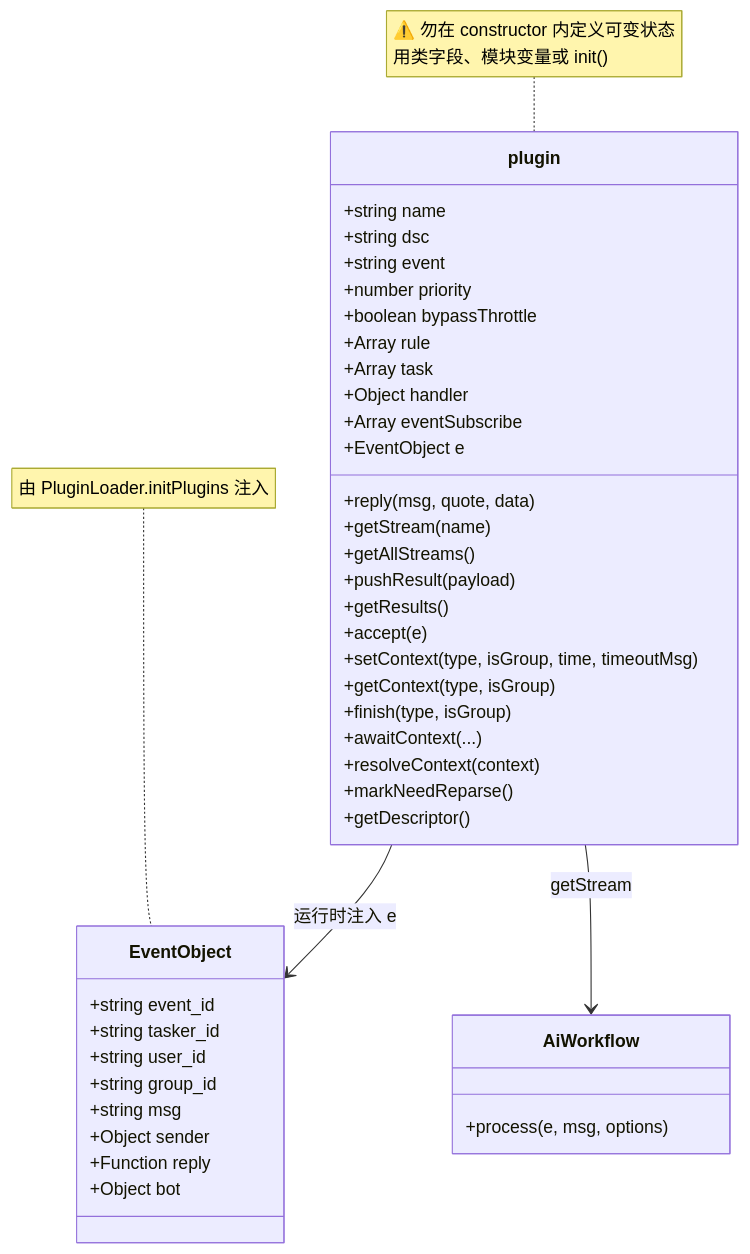
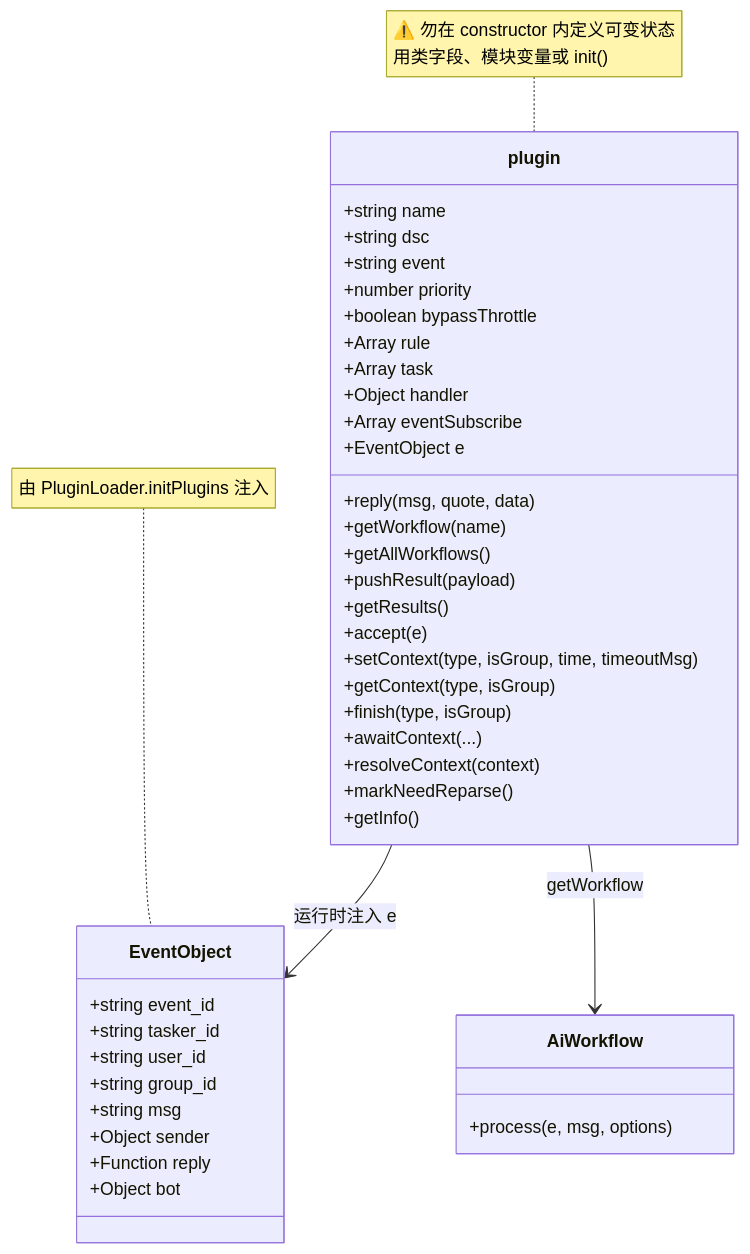
The first of 2 diagrams in docs/plugin-base.md (sunflowermm/XRK-AGT), drawn with Mermaid before and after one commit. The commit also changed other lines of this file and 236 other files, not shown here.

Commit message:
1）refactor: aistream/stream 硬切为 ai-workflow/workflow，统一 Runtime 与 Core 命名契约 2）refactor: 将 crawl 与通用工具下沉 src，使 system-Core 成为可复制的薄参考 Core 3）refactor: 修正部分底层谬误 [✏️ 151 修改, 🗑️ 5 删除] +1502 -1599 行

````diff
--- a/docs/plugin-base.md
+++ b/docs/plugin-base.md
@@ -52,49 +52,49 @@
 ```mermaid
 classDiagram
     class plugin {
         +string name
         +string dsc
         +string event
         +number priority
         +boolean bypassThrottle
         +Array rule
         +Array task
         +Object handler
         +Array eventSubscribe
         +EventObject e
         +reply(msg, quote, data)
-        +getStream(name)
-        +getAllStreams()
+        +getWorkflow(name)
+        +getAllWorkflows()
         +pushResult(payload)
         +getResults()
         +accept(e)
         +setContext(type, isGroup, time, timeoutMsg)
         +getContext(type, isGroup)
         +finish(type, isGroup)
         +awaitContext(...)
         +resolveContext(context)
         +markNeedReparse()
-        +getDescriptor()
+        +getInfo()
     }
 
     class EventObject {
         +string event_id
         +string tasker_id
         +string user_id
         +string group_id
         +string msg
         +Object sender
         +Function reply
         +Object bot
     }
 
     class AiWorkflow {
         +process(e, msg, options)
     }
 
     plugin --> EventObject : 运行时注入 e
-    plugin --> AiWorkflow : getStream
+    plugin --> AiWorkflow : getWorkflow
 
     note for plugin "⚠️ 勿在 constructor 内定义可变状态<br/>用类字段、模块变量或 init()"
     note for EventObject "由 PluginLoader.initPlugins 注入"
 ```
````
